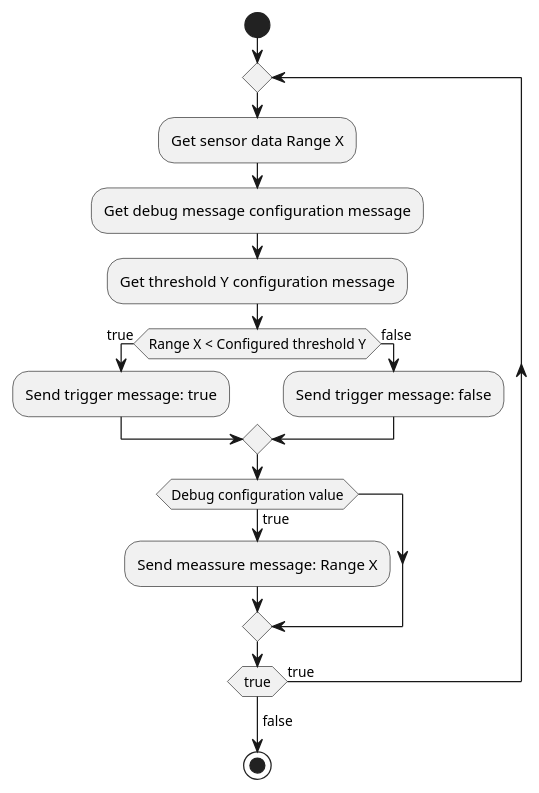
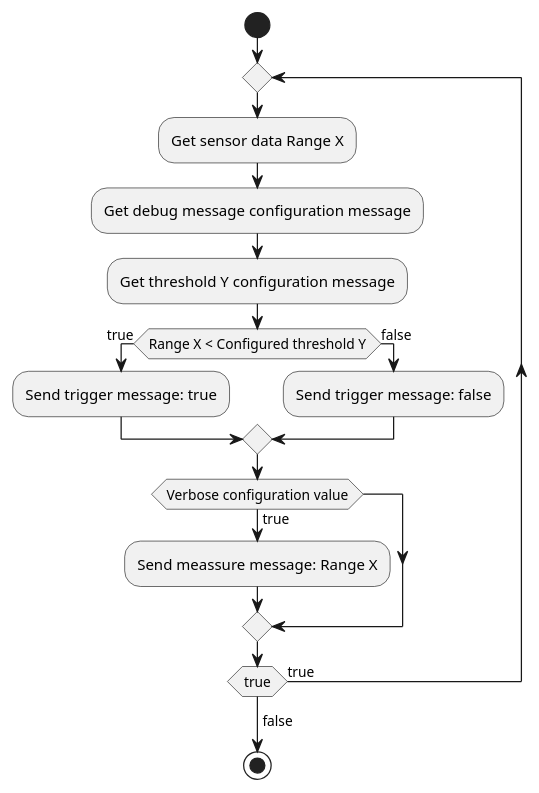
One commit to micro-ROS/zephyr_apps changed the diagram in doc/tof_activity.puml. Above: the diagram before and after it, drawn with PlantUML. The commit also changed 2 other files, not shown here.

```diff
--- a/doc/tof_activity.puml
+++ b/doc/tof_activity.puml
@@ -1,23 +1,22 @@
 @startuml
 skinparam monochrome true
 
 start
 
 repeat
 :Get sensor data Range X;
 :Get debug message configuration message;
 :Get threshold Y configuration message;
 if (Range X < Configured threshold Y) then (true)
     :Send trigger message: true;
 else (false)
     :Send trigger message: false;
 endif
 
-if (Debug configuration value) then (true)
+if (Verbose configuration value) then (true)
     :Send meassure message: Range X;
 endif
 repeat while(true) is (true)
 ->false;
 stop
-
 @enduml
```
